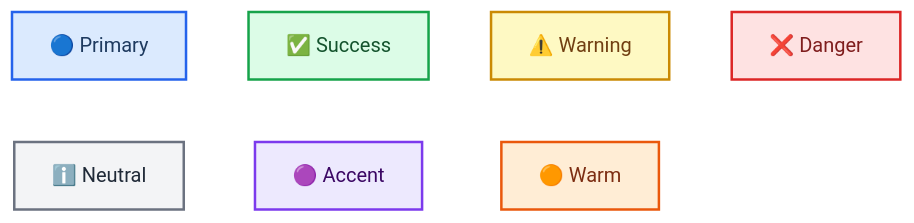
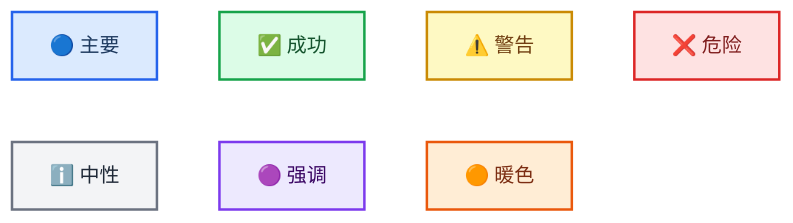
Before and after one commit to tourze/ai-experts: the second of 2 diagrams in src/components/skills/markdown-mermaid-writing/references/mermaid_style_guide.md, drawn with Mermaid (forest theme). The commit also changed other lines of this file and 240 other files, not shown here.

First line of the commit message:
docs: translate 241 English reference files to Chinese across all skills

````diff
--- a/src/components/skills/markdown-mermaid-writing/references/mermaid_style_guide.md
+++ b/src/components/skills/markdown-mermaid-writing/references/mermaid_style_guide.md
@@ -178,24 +178,24 @@
 ```mermaid
 flowchart LR
-    accTitle: Color Palette Preview
-    accDescr: Visual reference showing all seven approved classDef color classes side by side
+    accTitle: 调色板预览
+    accDescr: 显示全部七个认可 classDef 颜色类并排的视觉参考
 
-    primary[🔵 Primary] ~~~ success[✅ Success] ~~~ warning[⚠️ Warning] ~~~ danger[❌ Danger]
-    neutral[ℹ️ Neutral] ~~~ accent[🟣 Accent] ~~~ warm[🟠 Warm]
+    primary[🔵 主要] ~~~ success[✅ 成功] ~~~ warning[⚠️ 警告] ~~~ danger[❌ 危险]
+    neutral[ℹ️ 中性] ~~~ accent[🟣 强调] ~~~ warm[🟠 暖色]
 
     classDef primary fill:#dbeafe,stroke:#2563eb,stroke-width:2px,color:#1e3a5f
     classDef success fill:#dcfce7,stroke:#16a34a,stroke-width:2px,color:#14532d
     classDef warning fill:#fef9c3,stroke:#ca8a04,stroke-width:2px,color:#713f12
     classDef danger fill:#fee2e2,stroke:#dc2626,stroke-width:2px,color:#7f1d1d
     classDef neutral fill:#f3f4f6,stroke:#6b7280,stroke-width:2px,color:#1f2937
     classDef accent fill:#ede9fe,stroke:#7c3aed,stroke-width:2px,color:#3b0764
     classDef warm fill:#ffedd5,stroke:#ea580c,stroke-width:2px,color:#7c2d12
 
     class primary primary
     class success success
     class warning warning
     class danger danger
     class neutral neutral
     class accent accent
     class warm warm
 ```
````
